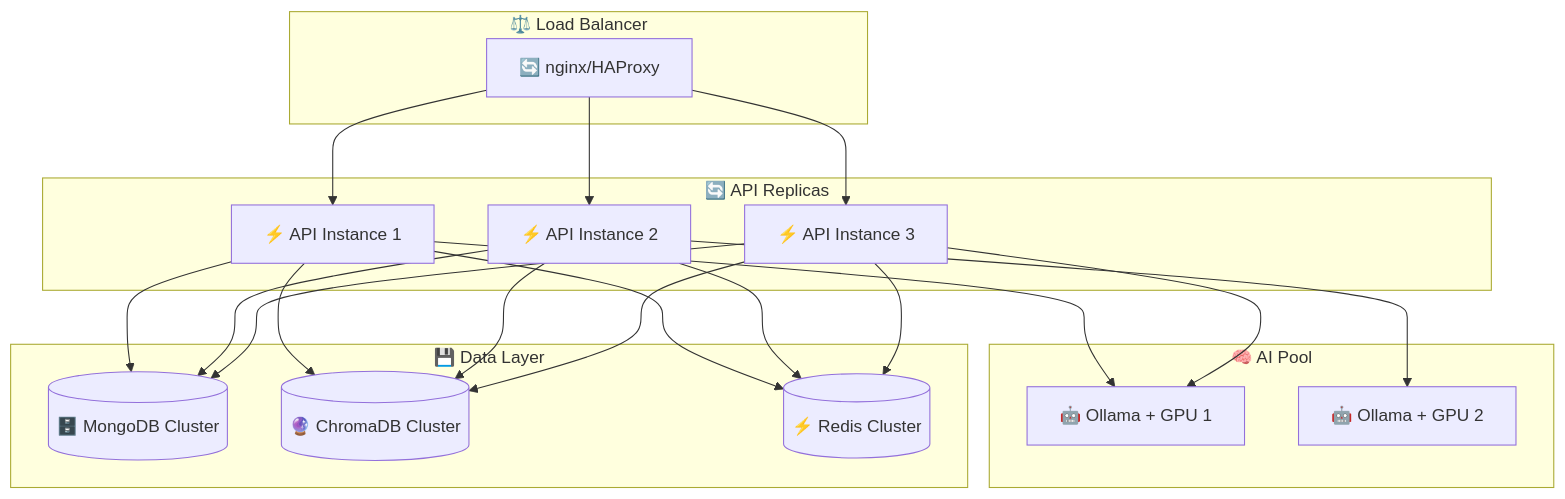
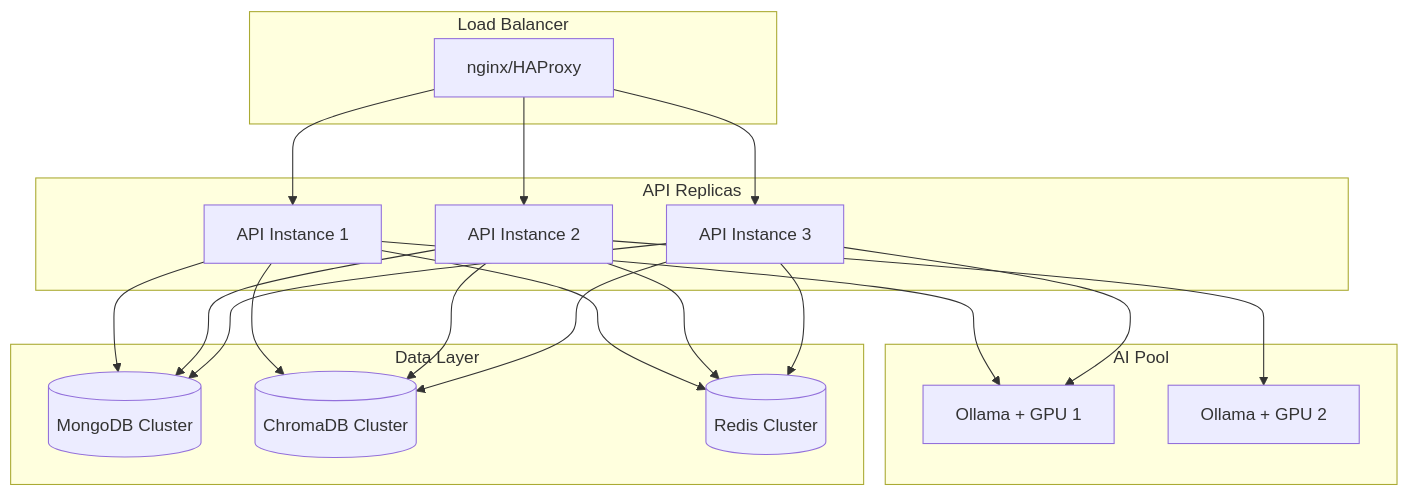
One commit to SPD-BES-2025-3/grupo1 changed the tenth of 10 diagrams in Diagramas/arquitetura.md. Above: the diagram before and after it, drawn with Mermaid. The commit also changed other lines of this file and 8 other files, not shown here.

````diff
--- a/Diagramas/arquitetura.md
+++ b/Diagramas/arquitetura.md
@@ -294,43 +381,43 @@
 ```mermaid
 graph TB
-    subgraph "⚖️ Load Balancer"
-        LB[🔄 nginx/HAProxy]
+    subgraph "Load Balancer"
+        LB[nginx/HAProxy]
     end
     
-    subgraph "🔄 API Replicas"
-        API1[⚡ API Instance 1]
-        API2[⚡ API Instance 2]
-        API3[⚡ API Instance 3]
+    subgraph "API Replicas"
+        API1[API Instance 1]
+        API2[API Instance 2]
+        API3[API Instance 3]
     end
     
-    subgraph "🧠 AI Pool"
-        AI1[🤖 Ollama + GPU 1]
-        AI2[🤖 Ollama + GPU 2]
+    subgraph "AI Pool"
+        AI1[Ollama + GPU 1]
+        AI2[Ollama + GPU 2]
     end
     
-    subgraph "💾 Data Layer"
-        MONGO_CLUSTER[(🗄️ MongoDB Cluster)]
-        CHROMA_CLUSTER[(🔮 ChromaDB Cluster)]
-        REDIS_CLUSTER[(⚡ Redis Cluster)]
+    subgraph "Data Layer"
+        MONGO_CLUSTER[(MongoDB Cluster)]
+        CHROMA_CLUSTER[(ChromaDB Cluster)]
+        REDIS_CLUSTER[(Redis Cluster)]
     end
     
     LB --> API1
     LB --> API2
     LB --> API3
     
     API1 --> AI1
     API2 --> AI2
     API3 --> AI1
     
     API1 --> MONGO_CLUSTER
     API2 --> MONGO_CLUSTER
     API3 --> MONGO_CLUSTER
     
     API1 --> CHROMA_CLUSTER
     API2 --> CHROMA_CLUSTER
     API3 --> CHROMA_CLUSTER
     
     API1 --> REDIS_CLUSTER
     API2 --> REDIS_CLUSTER
     API3 --> REDIS_CLUSTER
 ```
````
